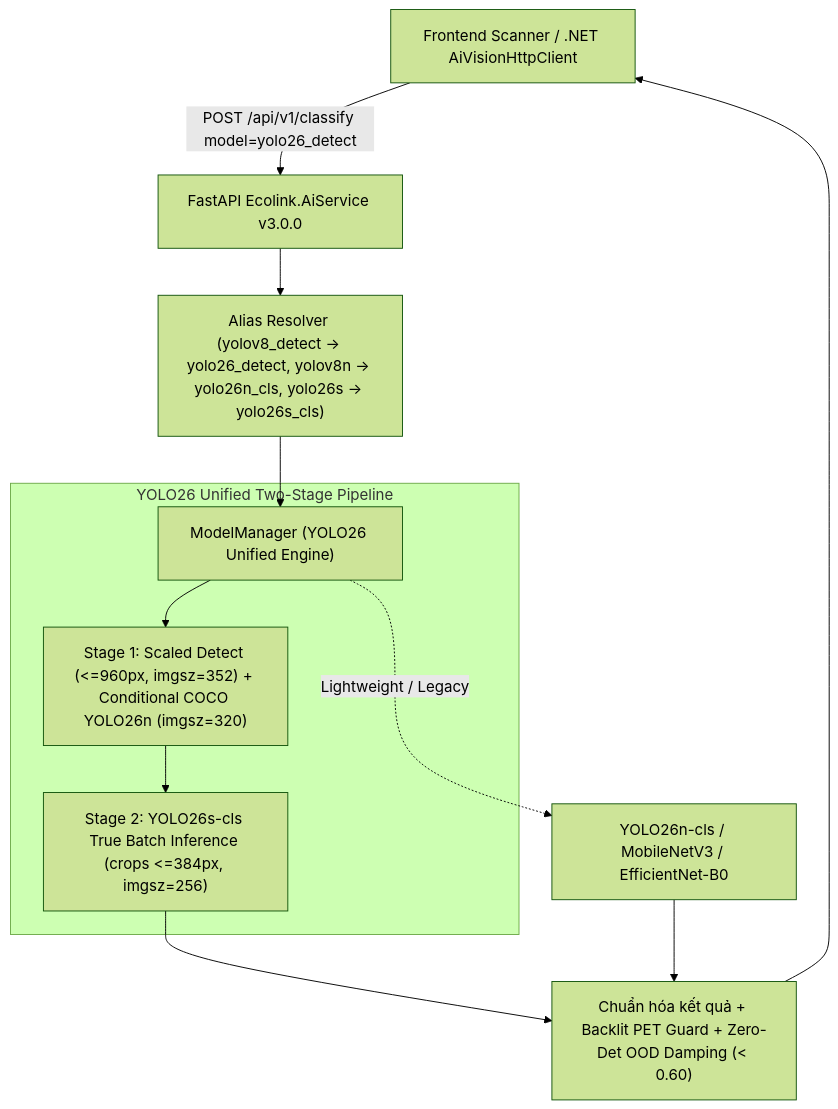
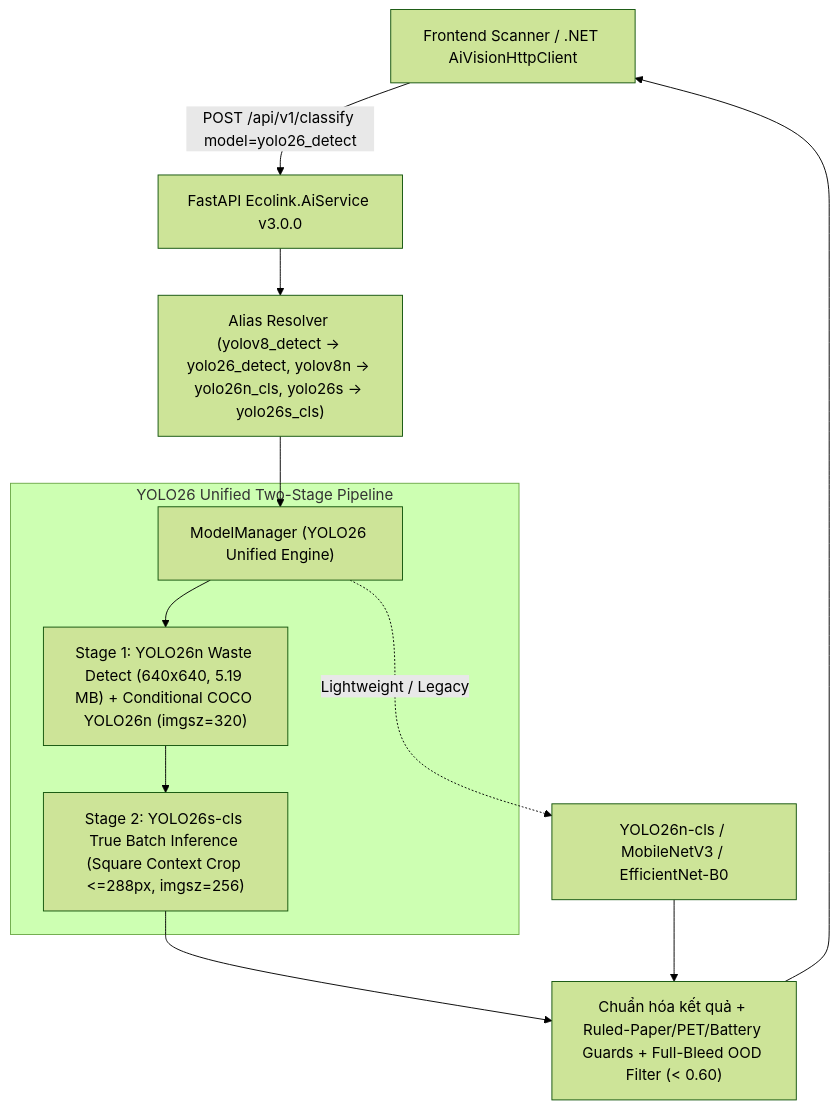
One commit to VPGreenLight/intelligent-waste-sorting-trading changed the diagram in documents/ai report/Báo cáo tổng kết quá trình huấn luyện.md. Above: the diagram before and after it, drawn with Mermaid (forest theme). The commit also changed other lines of this file and 30 other files, not shown here.

````diff
--- a/documents/ai report/Báo cáo tổng kết quá trình huấn luyện.md
+++ b/documents/ai report/Báo cáo tổng kết quá trình huấn luyện.md
@@ -55,16 +60,16 @@
 ```mermaid
 graph TD
     Client["Frontend Scanner / .NET AiVisionHttpClient"] -->|POST /api/v1/classify model=yolo26_detect| Controller["FastAPI Ecolink.AiService v3.0.0"]
     Controller --> Alias["Alias Resolver (yolov8_detect -> yolo26_detect, yolov8n -> yolo26n_cls, yolo26s -> yolo26s_cls)"]
     Alias --> ModelManager["ModelManager (YOLO26 Unified Engine)"]
     
     subgraph TwoStage ["YOLO26 Unified Two-Stage Pipeline"]
-        ModelManager --> S1["Stage 1: Scaled Detect (<=960px, imgsz=352) + Conditional COCO YOLO26n (imgsz=320)"]
-        S1 --> S2["Stage 2: YOLO26s-cls True Batch Inference (crops <=384px, imgsz=256)"]
+        ModelManager --> S1["Stage 1: YOLO26n Waste Detect (640x640, 5.19 MB) + Conditional COCO YOLO26n (imgsz=320)"]
+        S1 --> S2["Stage 2: YOLO26s-cls True Batch Inference (Square Context Crop <=288px, imgsz=256)"]
     end
 
     ModelManager -.->|Lightweight / Legacy| Legacy["YOLO26n-cls / MobileNetV3 / EfficientNet-B0"]
-    S2 --> Normalizer["Chuẩn hóa kết quả + Backlit PET Guard + Zero-Det OOD Damping (< 0.60)"]
+    S2 --> Normalizer["Chuẩn hóa kết quả + Ruled-Paper/PET/Battery Guards + Full-Bleed OOD Filter (< 0.60)"]
     Legacy --> Normalizer
     Normalizer --> Client
 ```
````
